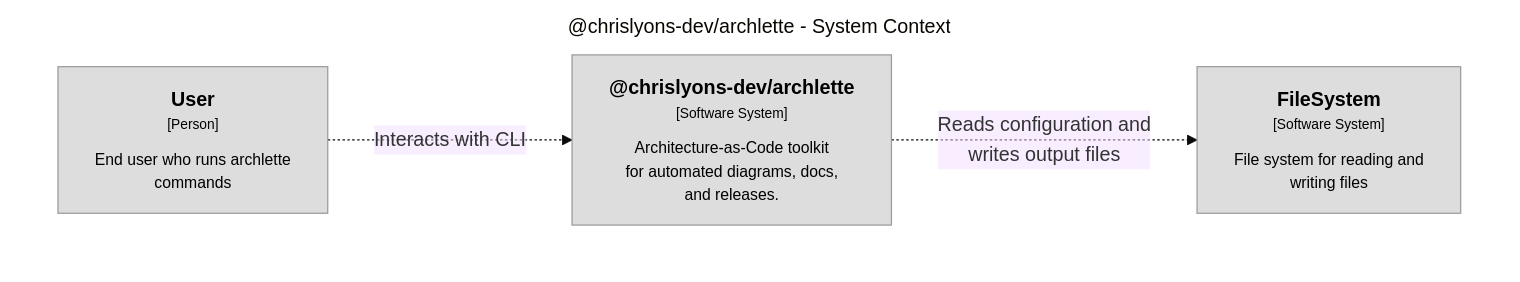
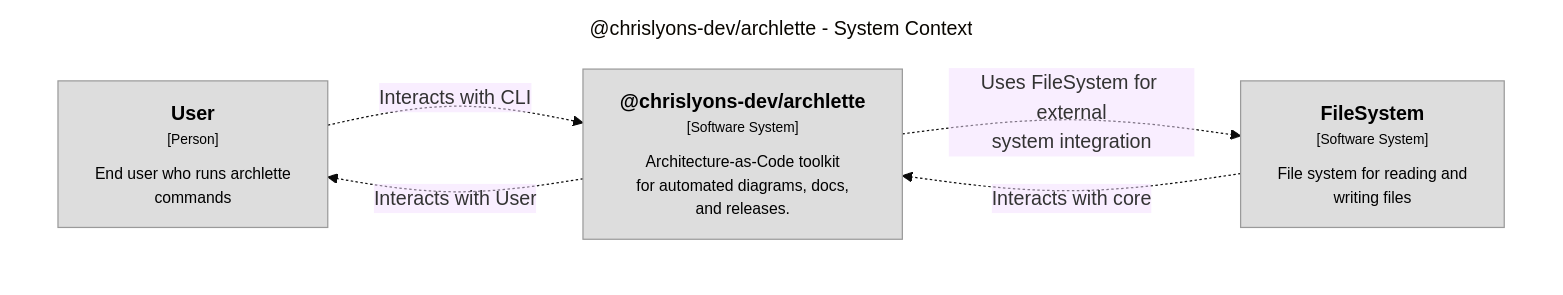
Before and after one commit to chrislyons-dev/archlette: the diagram in docs/architecture/diagrams/mermaid/structurizr-SystemContext.mmd, drawn with Mermaid (base theme). The commit also changed 23 other files, not shown here.

```diff
--- a/docs/architecture/diagrams/mermaid/structurizr-SystemContext.mmd
+++ b/docs/architecture/diagrams/mermaid/structurizr-SystemContext.mmd
@@ -1,16 +1,18 @@
 graph TB
   linkStyle default fill:#ffffff
 
   subgraph diagram ["@chrislyons-dev/archlette - System Context"]
     style diagram fill:#ffffff,stroke:#ffffff
 
     1["<div style='font-weight: bold'>User</div><div style='font-size: 70%; margin-top: 0px'>[Person]</div><div style='font-size: 80%; margin-top:10px'>End user who runs archlette<br />commands</div>"]
     style 1 fill:#dddddd,stroke:#9a9a9a,color:#000000
     2["<div style='font-weight: bold'>FileSystem</div><div style='font-size: 70%; margin-top: 0px'>[Software System]</div><div style='font-size: 80%; margin-top:10px'>File system for reading and<br />writing files</div>"]
     style 2 fill:#dddddd,stroke:#9a9a9a,color:#000000
     3["<div style='font-weight: bold'>@chrislyons-dev/archlette</div><div style='font-size: 70%; margin-top: 0px'>[Software System]</div><div style='font-size: 80%; margin-top:10px'>Architecture-as-Code toolkit<br />for automated diagrams, docs,<br />and releases.</div>"]
     style 3 fill:#dddddd,stroke:#9a9a9a,color:#000000
 
     1-. "<div>Interacts with CLI</div><div style='font-size: 70%'></div>" .->3
-    3-. "<div>Reads configuration and<br />writes output files</div><div style='font-size: 70%'></div>" .->2
+    2-. "<div>Interacts with core</div><div style='font-size: 70%'></div>" .->3
+    3-. "<div>Interacts with User</div><div style='font-size: 70%'></div>" .->1
+    3-. "<div>Uses FileSystem for external<br />system integration</div><div style='font-size: 70%'></div>" .->2
   end
```
